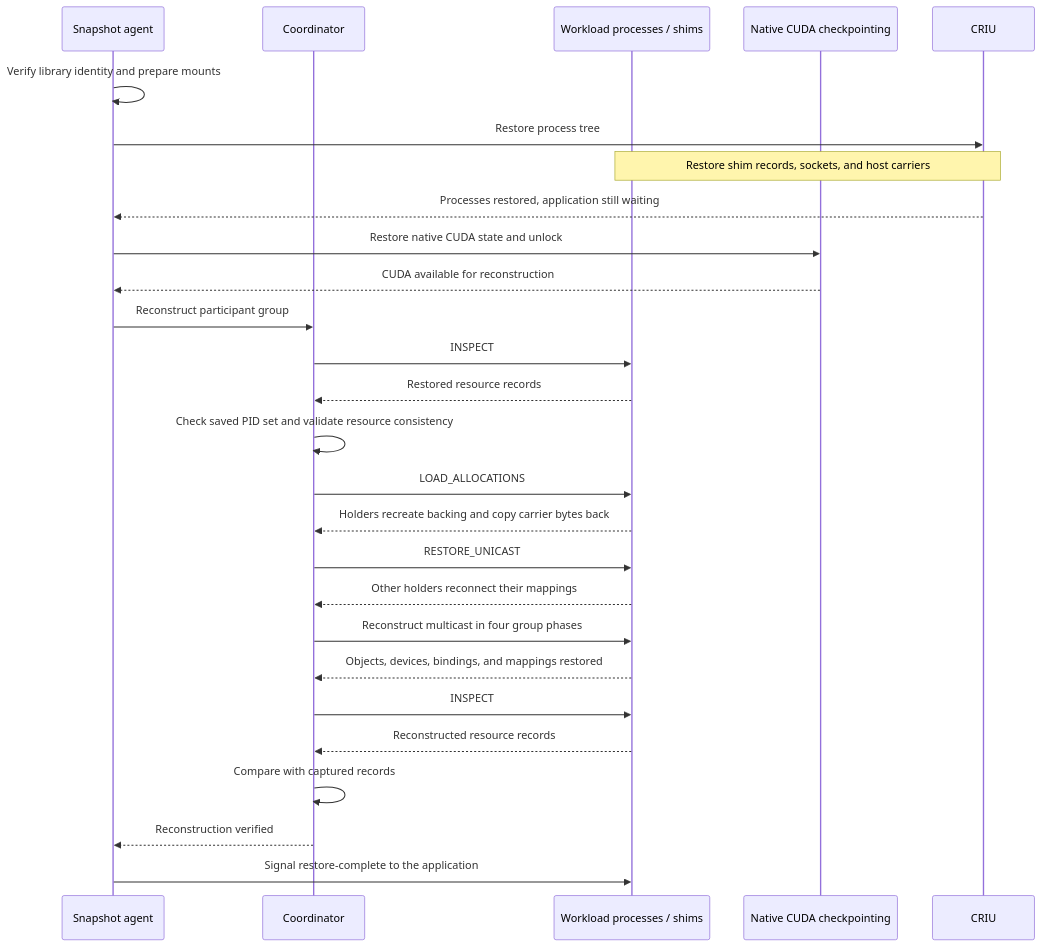
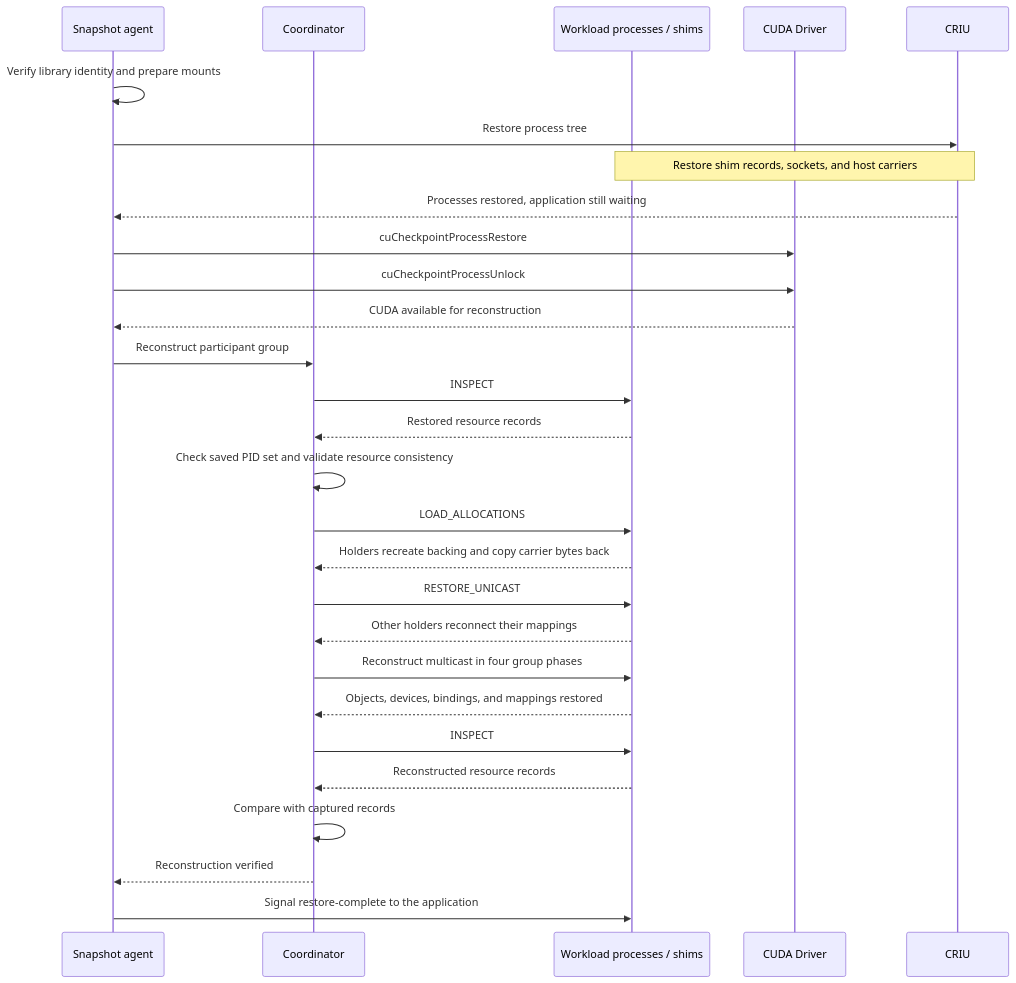
One commit to sheetal104/snapshot changed the tenth of 10 diagrams in docs/proposals/295-cuinterpose/README.md. Above: the diagram before and after it, drawn with Mermaid. The commit also changed other lines of this file, not shown here.

Commit message:
docs(cuinterpose): name CUDA checkpoint APIs in sequence diagrams

````diff
--- a/docs/proposals/295-cuinterpose/README.md
+++ b/docs/proposals/295-cuinterpose/README.md
@@ -663,29 +664,30 @@
 ```mermaid
 sequenceDiagram
     participant A as Snapshot agent
     participant C as Coordinator
     participant S as Workload processes / shims
-    participant N as Native CUDA checkpointing
+    participant D as CUDA Driver
     participant R as CRIU
     A->>A: Verify library identity and prepare mounts
     A->>R: Restore process tree
     Note over S,R: Restore shim records, sockets, and host carriers
     R-->>A: Processes restored, application still waiting
-    A->>N: Restore native CUDA state and unlock
-    N-->>A: CUDA available for reconstruction
+    A->>D: cuCheckpointProcessRestore
+    A->>D: cuCheckpointProcessUnlock
+    D-->>A: CUDA available for reconstruction
     A->>C: Reconstruct participant group
     C->>S: INSPECT
     S-->>C: Restored resource records
     C->>C: Check saved PID set and validate resource consistency
     C->>S: LOAD_ALLOCATIONS
     S-->>C: Holders recreate backing and copy carrier bytes back
     C->>S: RESTORE_UNICAST
     S-->>C: Other holders reconnect their mappings
     C->>S: Reconstruct multicast in four group phases
     S-->>C: Objects, devices, bindings, and mappings restored
     C->>S: INSPECT
     S-->>C: Reconstructed resource records
     C->>C: Compare with captured records
     C-->>A: Reconstruction verified
     A->>S: Signal restore-complete to the application
 ```
````
